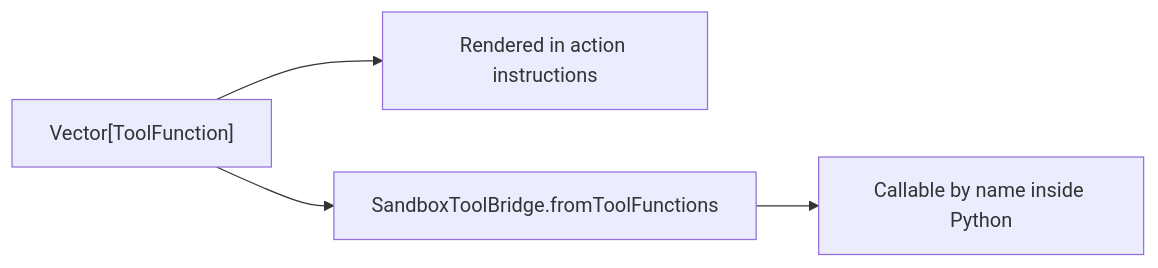
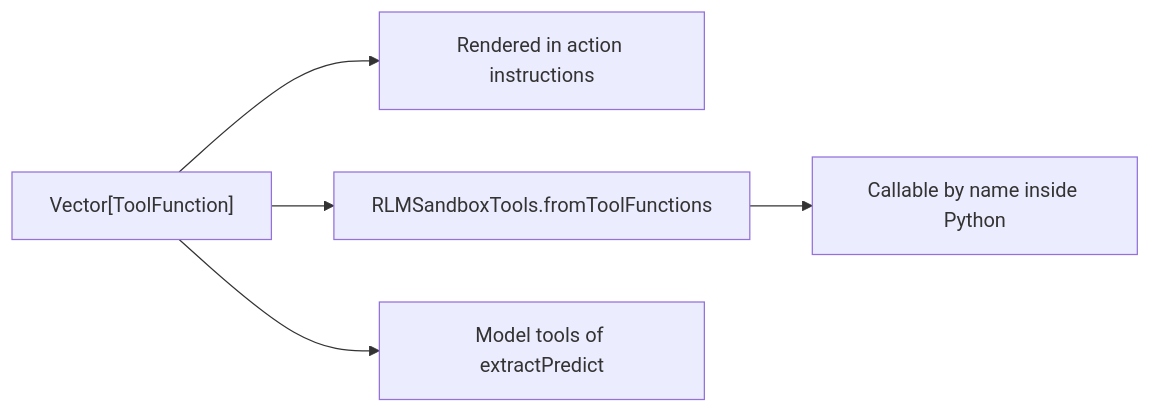
Before and after one commit to jpablo/dspy4s: the fifth of 6 diagrams in modules/programs/src/main/scala/dspy4s/programs/strategies/RLM.md, drawn with Mermaid. The commit also changed other lines of this file and 634 other files, not shown here.

````diff
--- a/modules/programs/src/main/scala/dspy4s/programs/strategies/RLM.md
+++ b/modules/programs/src/main/scala/dspy4s/programs/strategies/RLM.md
@@ -408,7 +390,8 @@
 ```mermaid
 flowchart LR
     tools["Vector[ToolFunction]"]
     tools --> instructions["Rendered in action instructions"]
-    tools --> bridge["SandboxToolBridge.fromToolFunctions"]
+    tools --> bridge["RLMSandboxTools.fromToolFunctions"]
     bridge --> repl["Callable by name inside Python"]
+    tools --> extract["Model tools of extractPredict"]
 ```
````
